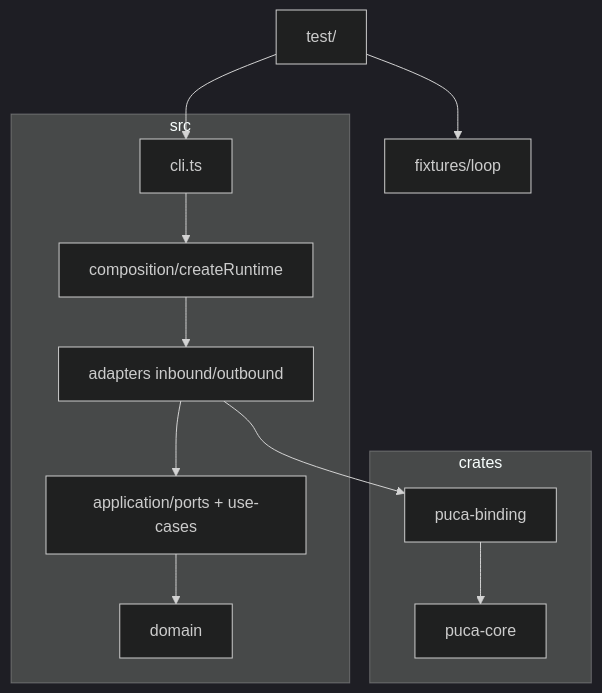
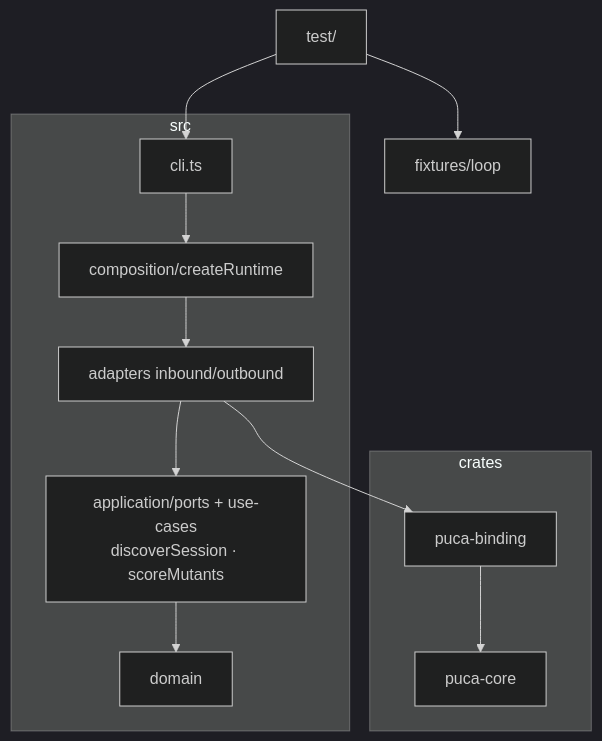
One commit to RexySaragih/puca changed the fourth of 9 diagrams in ARCHITECTURE.md. Above: the diagram before and after it, drawn with Mermaid (dark theme). The commit also changed other lines of this file and 52 other files, not shown here.

````diff
--- a/ARCHITECTURE.md
+++ b/ARCHITECTURE.md
@@ -70,20 +70,20 @@
 ```mermaid
 flowchart TB
   subgraph src [src]
     domain[domain]
-    app[application/ports + use-cases]
+    app[application/ports + use-cases<br/>discoverSession · scoreMutants]
     adapters[adapters inbound/outbound]
     composition[composition/createRuntime]
     cli[cli.ts]
   end
   subgraph crates [crates]
     core[puca-core]
     binding[puca-binding]
   end
   fixtures[fixtures/loop]
   tests[test/]
   cli --> composition --> adapters --> app --> domain
   adapters --> binding --> core
   tests --> cli
   tests --> fixtures
 ```
````
